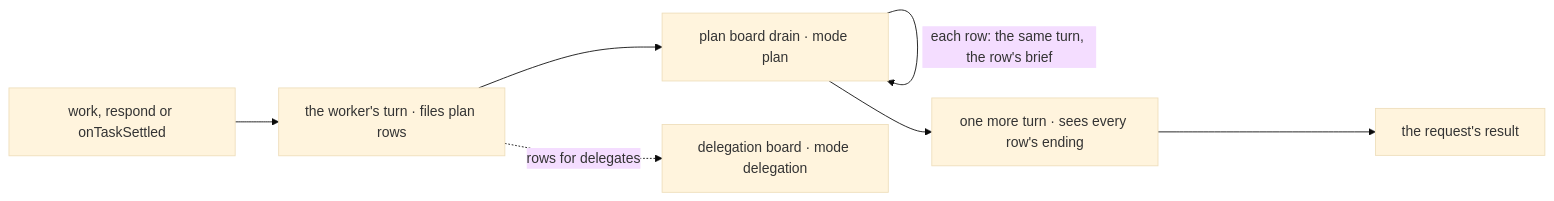
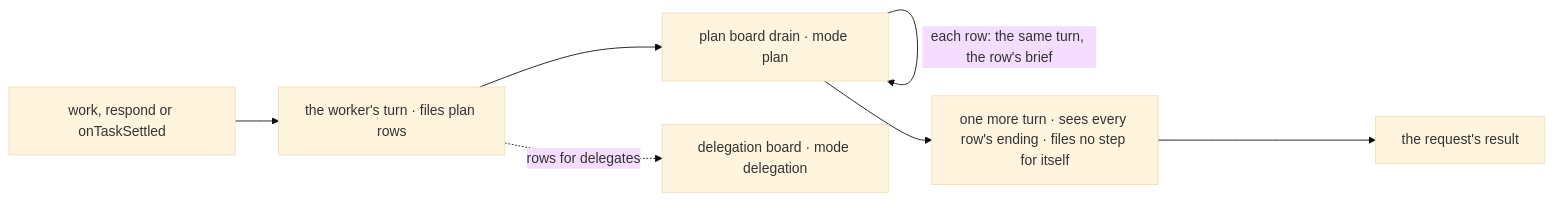
The second of 2 diagrams in specs/issues/FIX-2076/SPEC.md (fixpoint-labs/flow-state-dev), drawn with Mermaid (base theme) before and after one commit. The commit also changed other lines of this file and 4 other files, not shown here.

````diff
--- a/specs/issues/FIX-2076/SPEC.md
+++ b/specs/issues/FIX-2076/SPEC.md
@@ -81,9 +81,9 @@
 ```mermaid
 flowchart LR
   E["work, respond or onTaskSettled"] --> T["the worker's turn · files plan rows"]
   T --> D["plan board drain · mode plan"]
   D -->|"each row: the same turn, the row's brief"| D
-  D --> A["one more turn · sees every row's ending"]
+  D --> A["one more turn · sees every row's ending · files no step for itself"]
   A --> R["the request's result"]
   T -.->|"rows for delegates"| G["delegation board · mode delegation"]
 ```
````
